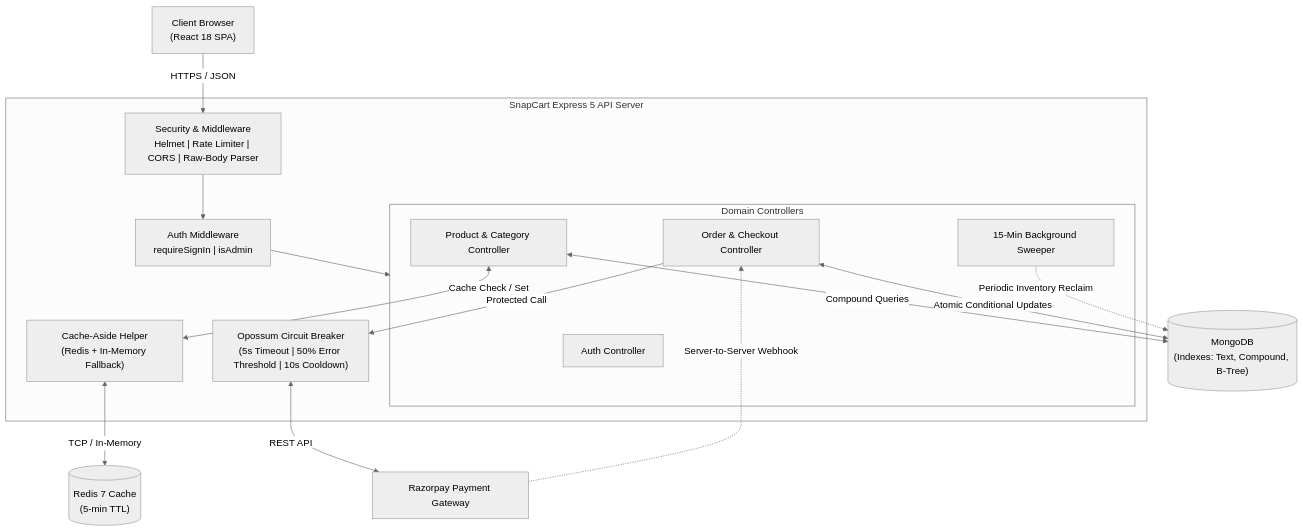
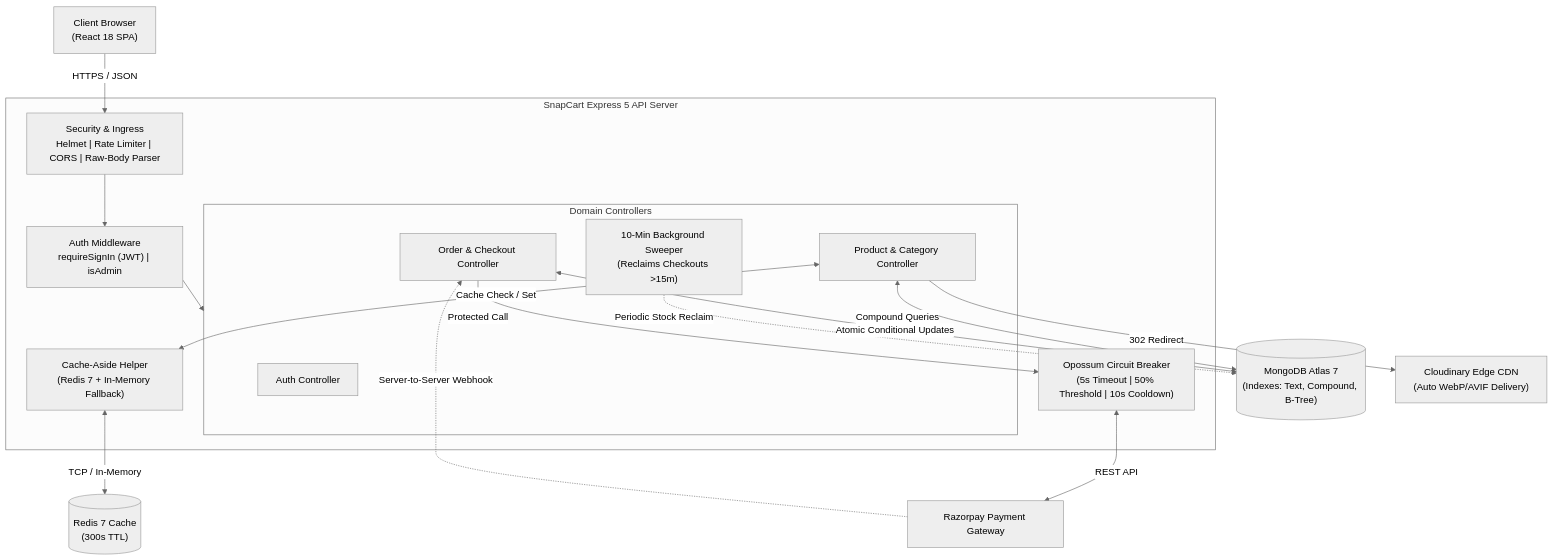
Before and after one commit to akshit-max/SnapCart-Ecommerce-APP: the first of 2 diagrams in README.md, drawn with Mermaid (neutral theme). The commit also changed other lines of this file and 1 other file, not shown here.

````diff
--- a/README.md
+++ b/README.md
@@ -106,37 +130,39 @@
 ```mermaid
 flowchart TD
     Client["Client Browser<br/>(React 18 SPA)"]
     
     subgraph Core_Monolith["SnapCart Express 5 API Server"]
-        Ingress["Security & Middleware<br/>Helmet | Rate Limiter | CORS | Raw-Body Parser"]
-        AuthMiddleware["Auth Middleware<br/>requireSignIn | isAdmin"]
+        Ingress["Security & Ingress<br/>Helmet | Rate Limiter | CORS | Raw-Body Parser"]
+        AuthMiddleware["Auth Middleware<br/>requireSignIn (JWT) | isAdmin"]
         
         subgraph Controllers["Domain Controllers"]
             AuthController["Auth Controller"]
             CatalogController["Product & Category Controller"]
             OrderController["Order & Checkout Controller"]
-            Sweeper["15-Min Background Sweeper"]
+            Sweeper["10-Min Background Sweeper<br/>(Reclaims Checkouts >15m)"]
         end
         
-        CircuitBreaker["Opossum Circuit Breaker<br/>(5s Timeout | 50% Error Threshold | 10s Cooldown)"]
-        CacheHelper["Cache-Aside Helper<br/>(Redis + In-Memory Fallback)"]
+        CircuitBreaker["Opossum Circuit Breaker<br/>(5s Timeout | 50% Threshold | 10s Cooldown)"]
+        CacheHelper["Cache-Aside Helper<br/>(Redis 7 + In-Memory Fallback)"]
     end
     
-    Database[("MongoDB<br/>(Indexes: Text, Compound, B-Tree)")]
-    Cache[("Redis 7 Cache<br/>(5-min TTL)")]
+    Database[("MongoDB Atlas 7<br/>(Indexes: Text, Compound, B-Tree)")]
+    Cache[("Redis 7 Cache<br/>(300s TTL)")]
     Gateway["Razorpay Payment Gateway"]
+    CDN["Cloudinary Edge CDN<br/>(Auto WebP/AVIF Delivery)"]
 
     Client -->|HTTPS / JSON| Ingress
     Ingress --> AuthMiddleware
     AuthMiddleware --> Controllers
     
     CatalogController <-->|Cache Check / Set| CacheHelper
     CacheHelper <-->|TCP / In-Memory| Cache
     CatalogController <-->|Compound Queries| Database
+    CatalogController -->|302 Redirect| CDN
     
     OrderController <-->|Atomic Conditional Updates| Database
     OrderController -->|Protected Call| CircuitBreaker
     CircuitBreaker <-->|REST API| Gateway
     Gateway -.->|Server-to-Server Webhook| OrderController
-    Sweeper -.->|Periodic Inventory Reclaim| Database
+    Sweeper -.->|Periodic Stock Reclaim| Database
 ```
````
